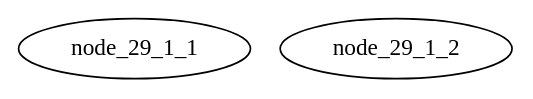
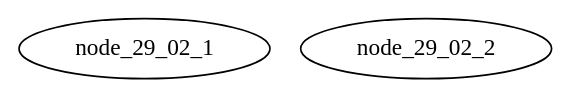
One commit to graphviz-perl/GraphViz2-Marpa changed the diagram in data/29.02.gv. Above: the diagram before and after it, drawn with Graphviz. The commit also changed 38 other files, not shown here.

Commit message:
Clean up numbering within files of graphs and nodes

```diff
--- a/data/29.02.gv
+++ b/data/29.02.gv
@@ -1,7 +1,7 @@
-digraph graph_29_1
+digraph graph_29_02
 {
 	{
-		node_29_1_1
-		node_29_1_2
+		node_29_02_1
+		node_29_02_2
 	}
 }
```
